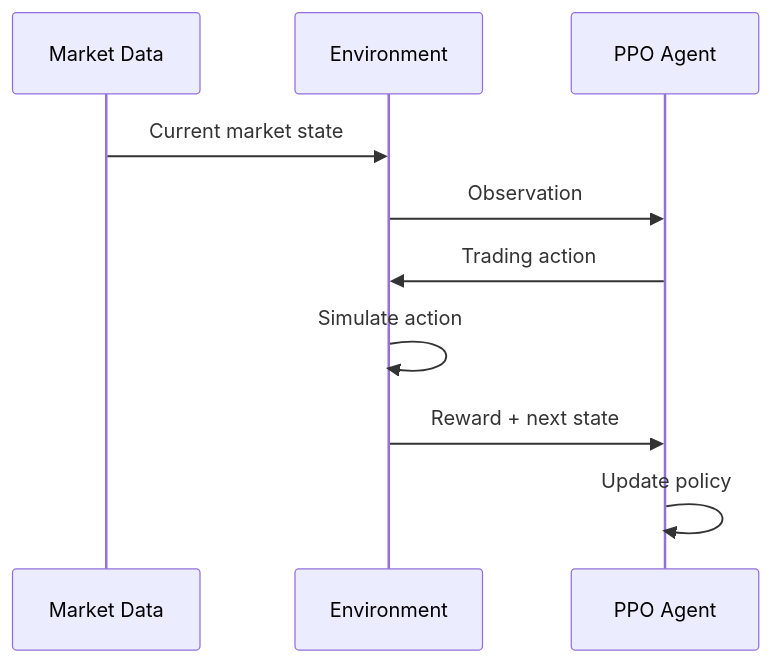
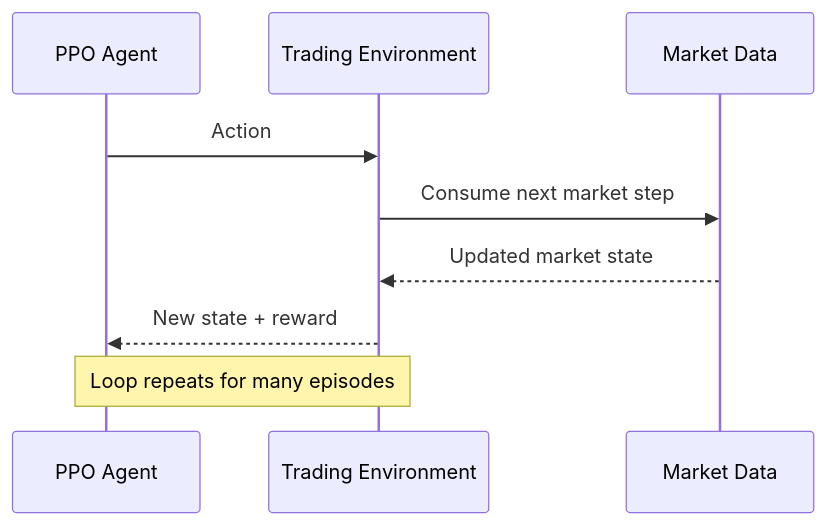
Before and after one commit to AhmedDjibbi/TradeVisor-AI: the fifth of 6 diagrams in README.md, drawn with Mermaid. The commit also changed other lines of this file, not shown here.

````diff
--- a/README.md
+++ b/README.md
@@ -284,13 +206,11 @@
 ```mermaid
 sequenceDiagram
+    participant A as PPO Agent
+    participant E as Trading Environment
     participant M as Market Data
-    participant E as Environment
-    participant P as PPO Agent
-
-    M->>E: Current market state
-    E->>P: Observation
-    P->>E: Trading action
-    E->>E: Simulate action
-    E->>P: Reward + next state
-    P->>P: Update policy
+    A->>E: Action
+    E->>M: Consume next market step
+    M-->>E: Updated market state
+    E-->>A: New state + reward
+    Note over A,E: Loop repeats for many episodes
 ```
````
